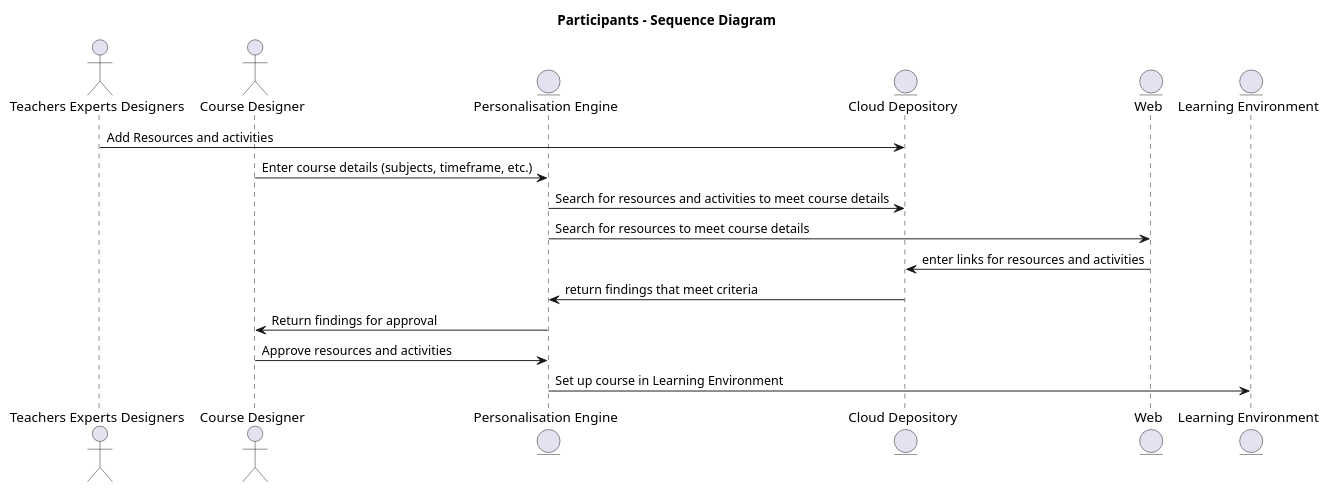
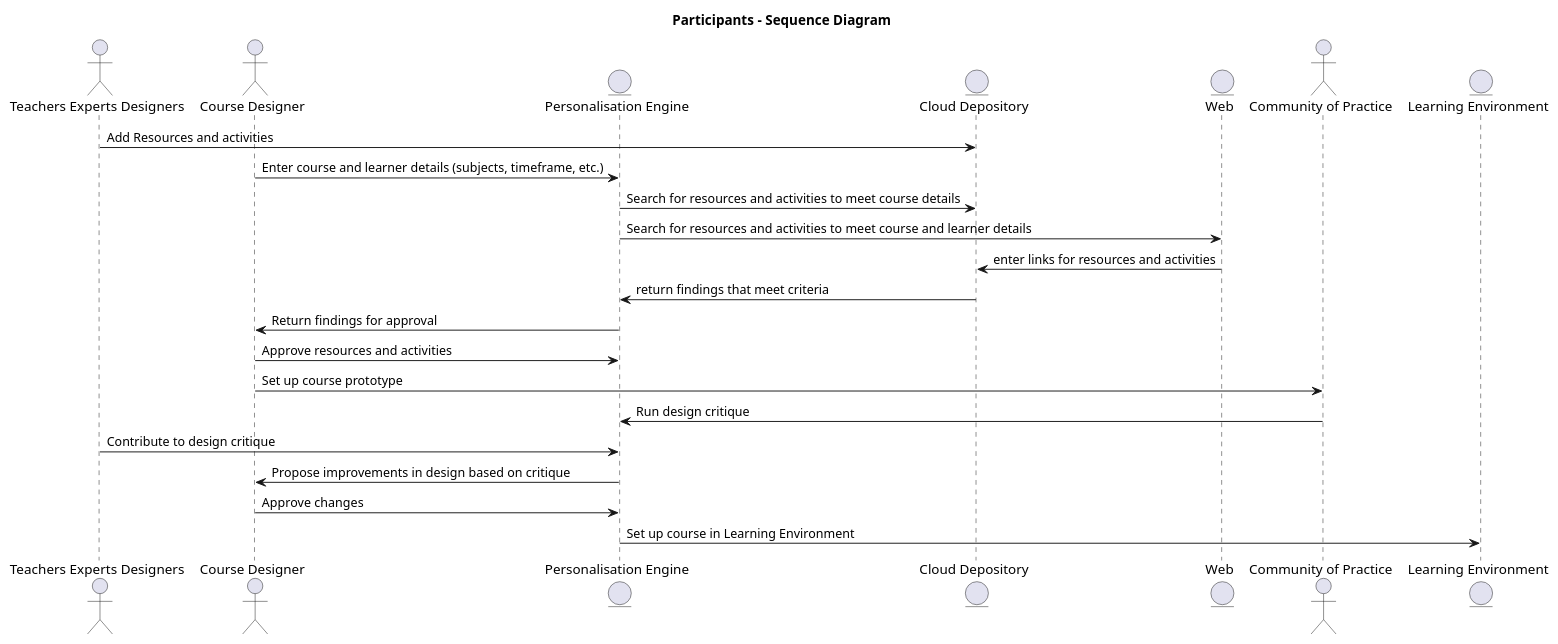
Before and after one commit to ech08ravo/2019C: the diagram in Interactions.md, drawn with PlantUML. The commit also changed other lines of this file, not shown here.

Commit message:
Updated model with feedback and Design Critique
Updated the model based on the feedback received and the Design Critique incorporating Daniela's model

```diff
--- a/Interactions.md
+++ b/Interactions.md
@@ -44,22 +44,28 @@
 @startuml
 
 title "Participants - Sequence Diagram"
 
 actor "Teachers Experts Designers" as TED
 actor "Course Designer" as CD
 entity "Personalisation Engine" as PE
 entity "Cloud Depository" as Dep
 entity "Web" as Web
+Actor "Community of Practice" as CP
 entity "Learning Environment" as LE
 
 TED -> Dep : Add Resources and activities
-CD -> PE : Enter course details (subjects, timeframe, etc.)
+CD -> PE : Enter course and learner details (subjects, timeframe, etc.)
 PE -> Dep : Search for resources and activities to meet course details
-PE -> Web : Search for resources to meet course details
+PE -> Web : Search for resources and activities to meet course and learner details
 Web -> Dep: enter links for resources and activities
 Dep -> PE : return findings that meet criteria
 PE -> CD : Return findings for approval
 CD -> PE : Approve resources and activities
+CD -> CP : Set up course prototype
+CP -> PE : Run design critique
+TED -> PE: Contribute to design critique
+PE -> CD : Propose improvements in design based on critique
+CD -> PE: Approve changes
 PE -> LE : Set up course in Learning Environment
 
 @enduml
```
